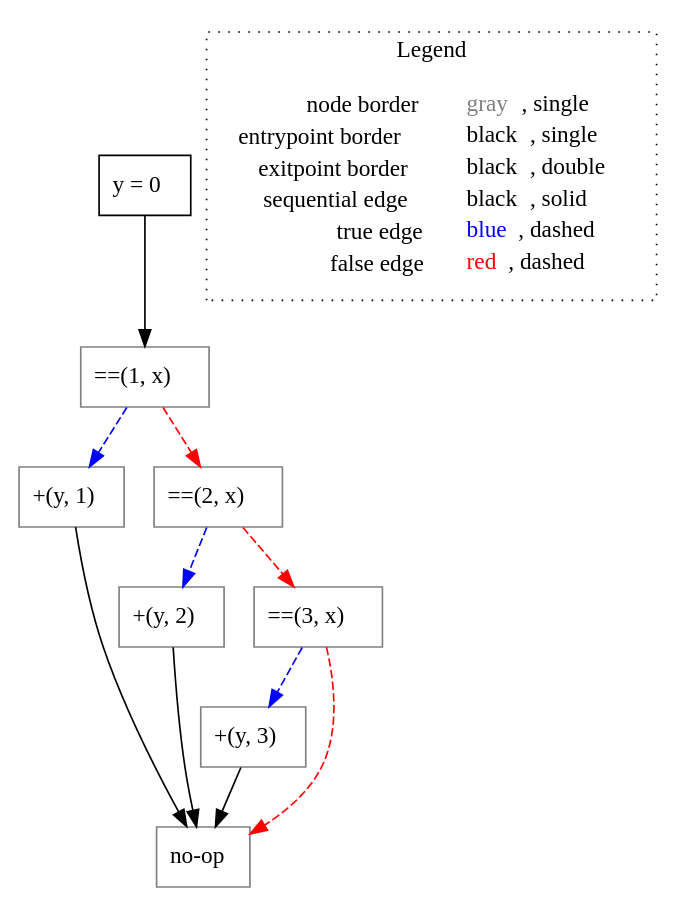
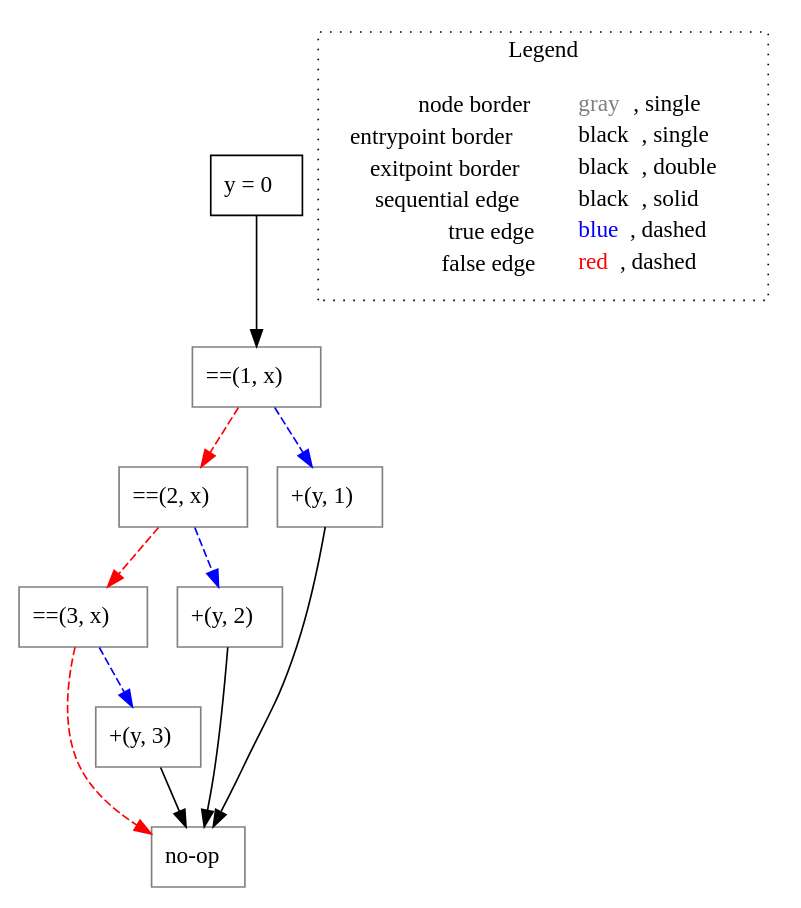
Before and after one commit to lisa-analyzer/go-lisa: the diagram in go-lisa/test-outputs/switch/untyped_simpleSwitch().dot, drawn with Graphviz. The commit also changed 10 other files, not shown here.

```diff
--- a/go-lisa/test-outputs/switch/untyped_simpleSwitch().dot
+++ b/go-lisa/test-outputs/switch/untyped_simpleSwitch().dot
@@ -1,27 +1,27 @@
 digraph {
 	"node0" [shape="rect",color="black",label=<y = 0>];
-	"node1" [shape="rect",color="gray",label=<+(y, 3)>];
-	"node2" [shape="rect",color="gray",label=<+(y, 2)>];
-	"node3" [shape="rect",color="gray",label=<+(y, 1)>];
-	"node4" [shape="rect",color="gray",label=<==(3, x)>];
-	"node5" [shape="rect",color="gray",label=<==(2, x)>];
-	"node6" [shape="rect",color="gray",label=<no-op>];
+	"node1" [shape="rect",color="gray",label=<==(2, x)>];
+	"node2" [shape="rect",color="gray",label=<==(3, x)>];
+	"node3" [shape="rect",color="gray",label=<no-op>];
+	"node4" [shape="rect",color="gray",label=<+(y, 1)>];
+	"node5" [shape="rect",color="gray",label=<+(y, 3)>];
+	"node6" [shape="rect",color="gray",label=<+(y, 2)>];
 	"node7" [shape="rect",color="gray",label=<==(1, x)>];
-	"node1" -> "node6" [color="black"];
-	"node2" -> "node6" [color="black"];
-	"node3" -> "node6" [color="black"];
-	"node4" -> "node1" [color="blue",style="dashed"];
-	"node4" -> "node6" [color="red",style="dashed"];
-	"node5" -> "node2" [color="blue",style="dashed"];
-	"node5" -> "node4" [color="red",style="dashed"];
 	"node0" -> "node7" [color="black"];
-	"node7" -> "node3" [color="blue",style="dashed"];
-	"node7" -> "node5" [color="red",style="dashed"];
+	"node1" -> "node2" [color="red",style="dashed"];
+	"node1" -> "node6" [color="blue",style="dashed"];
+	"node2" -> "node3" [color="red",style="dashed"];
+	"node2" -> "node5" [color="blue",style="dashed"];
+	"node4" -> "node3" [color="black"];
+	"node5" -> "node3" [color="black"];
+	"node6" -> "node3" [color="black"];
+	"node7" -> "node1" [color="red",style="dashed"];
+	"node7" -> "node4" [color="blue",style="dashed"];
 subgraph cluster_legend {
 	label="Legend";
 	style=dotted;
 	node [shape=plaintext];
 	"legend" [label=<<table border="0" cellpadding="2" cellspacing="0" cellborder="0"><tr><td align="right">node border&nbsp;</td><td align="left"><font color="gray">gray</font>, single</td></tr><tr><td align="right">entrypoint border&nbsp;</td><td align="left"><font color="black">black</font>, single</td></tr><tr><td align="right">exitpoint border&nbsp;</td><td align="left"><font color="black">black</font>, double</td></tr><tr><td align="right">sequential edge&nbsp;</td><td align="left"><font color="black">black</font>, solid</td></tr><tr><td align="right">true edge&nbsp;</td><td align="left"><font color="blue">blue</font>, dashed</td></tr><tr><td align="right">false edge&nbsp;</td><td align="left"><font color="red">red</font>, dashed</td></tr></table>>];
 }
 
 }
```
